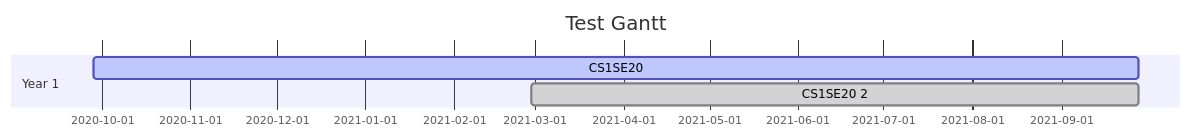
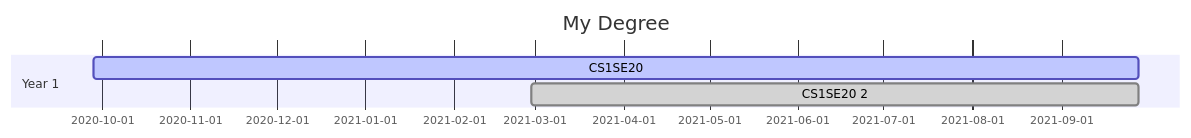
One commit to joshjh2002/software-engineering-models changed the second of 2 diagrams in LearningPlan.md. Above: the diagram before and after it, drawn with Mermaid. The commit also changed other lines of this file, not shown here.

````diff
--- a/LearningPlan.md
+++ b/LearningPlan.md
@@ -68,9 +98,9 @@
 ```mermaid
 gantt
 dateFormat  YYYY-MM-DD
-title Test Gantt
+title My Degree
 
 section Year 1
 CS1SE20            :active,    des1, 2020-09-28,2021-09-28
 CS1SE20 2            :done,    des1, 2021-02-28,2021-09-28
 ```
````
